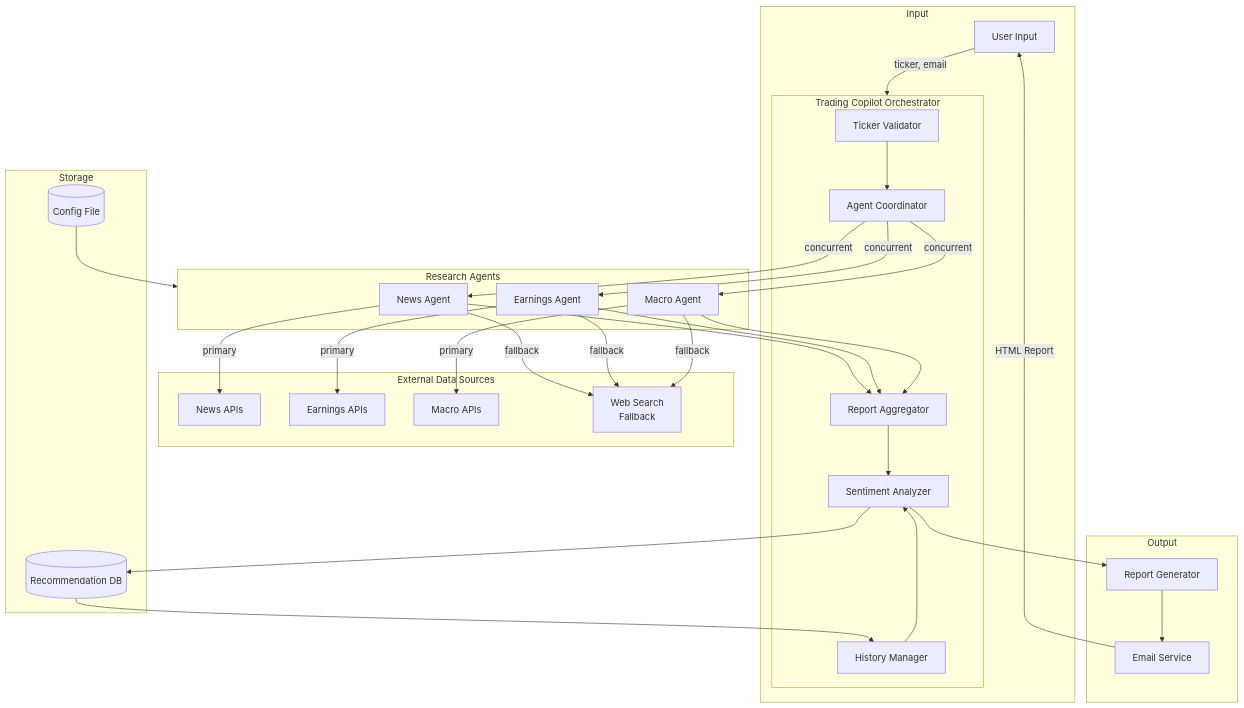
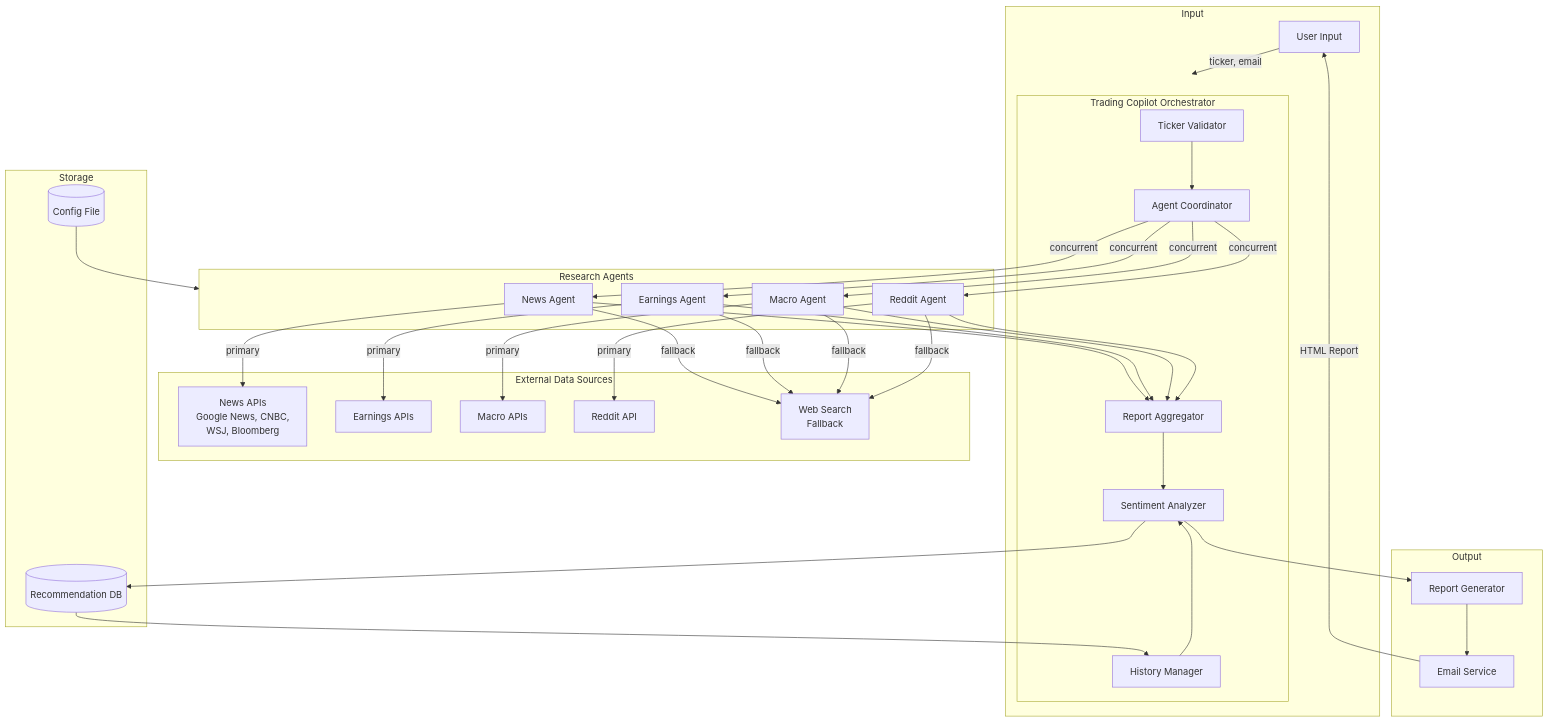
One commit to avisheks/agentic-trading-copilot changed the first of 3 diagrams in .kiro/specs/trading-copilot/design.md. Above: the diagram before and after it, drawn with Mermaid. The commit also changed other lines of this file and 36 other files, not shown here.

````diff
--- a/.kiro/specs/trading-copilot/design.md
+++ b/.kiro/specs/trading-copilot/design.md
@@ -27,64 +30,70 @@
 ```mermaid
 flowchart TB
     subgraph Input
         User[User Input] --> |ticker, email| Orchestrator
     end
     
     subgraph Orchestrator[Trading Copilot Orchestrator]
         Validator[Ticker Validator]
         AgentCoordinator[Agent Coordinator]
         Aggregator[Report Aggregator]
         SentimentAnalyzer[Sentiment Analyzer]
         HistoryManager[History Manager]
     end
     
     subgraph Agents[Research Agents]
         NewsAgent[News Agent]
         EarningsAgent[Earnings Agent]
         MacroAgent[Macro Agent]
+        RedditAgent[Reddit Agent]
     end
     
     subgraph DataSources[External Data Sources]
-        NewsAPI[News APIs]
+        NewsAPI[News APIs<br/>Google News, CNBC,<br/>WSJ, Bloomberg]
         EarningsAPI[Earnings APIs]
         MacroAPI[Macro APIs]
+        RedditAPI[Reddit API]
         WebSearch[Web Search<br/>Fallback]
     end
     
     subgraph Storage
         ConfigFile[(Config File)]
         Database[(Recommendation DB)]
     end
     
     subgraph Output
         ReportGenerator[Report Generator]
         EmailService[Email Service]
     end
     
     Validator --> AgentCoordinator
     AgentCoordinator --> |concurrent| NewsAgent
     AgentCoordinator --> |concurrent| EarningsAgent
     AgentCoordinator --> |concurrent| MacroAgent
+    AgentCoordinator --> |concurrent| RedditAgent
     
     NewsAgent --> |primary| NewsAPI
     NewsAgent --> |fallback| WebSearch
     EarningsAgent --> |primary| EarningsAPI
     EarningsAgent --> |fallback| WebSearch
     MacroAgent --> |primary| MacroAPI
     MacroAgent --> |fallback| WebSearch
+    RedditAgent --> |primary| RedditAPI
+    RedditAgent --> |fallback| WebSearch
     
     NewsAgent --> Aggregator
     EarningsAgent --> Aggregator
     MacroAgent --> Aggregator
+    RedditAgent --> Aggregator
     
     ConfigFile --> Agents
     
     Aggregator --> SentimentAnalyzer
     HistoryManager --> SentimentAnalyzer
     Database --> HistoryManager
     
     SentimentAnalyzer --> ReportGenerator
     SentimentAnalyzer --> Database
     ReportGenerator --> EmailService
     EmailService --> |HTML Report| User
 ```
````
